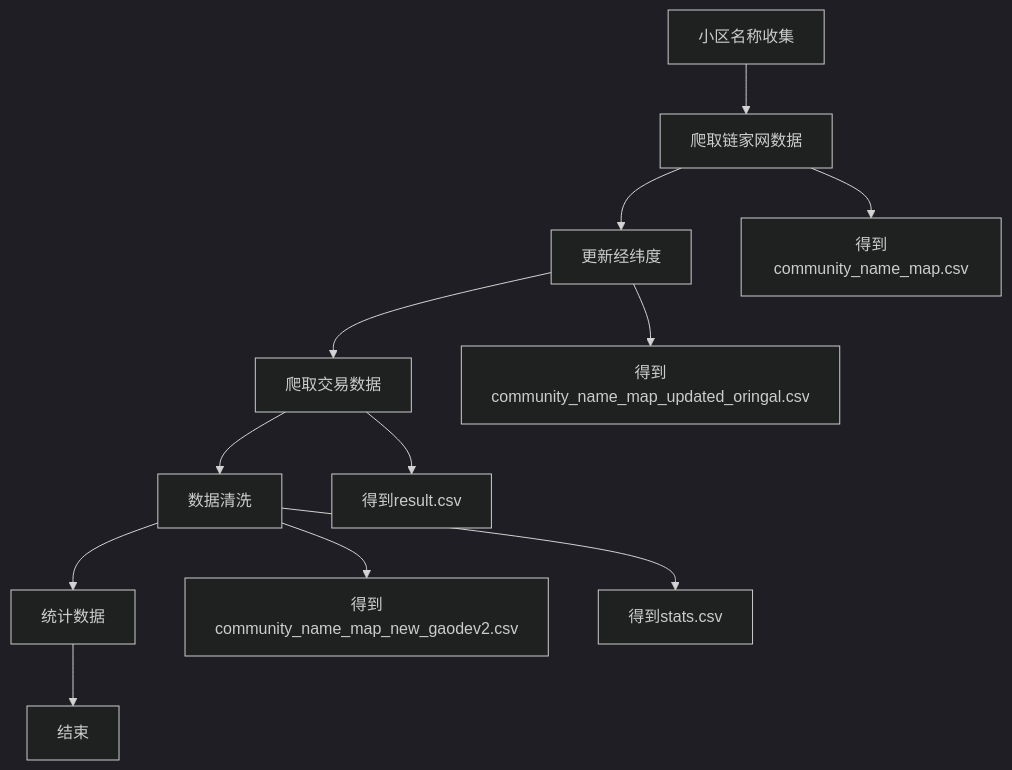
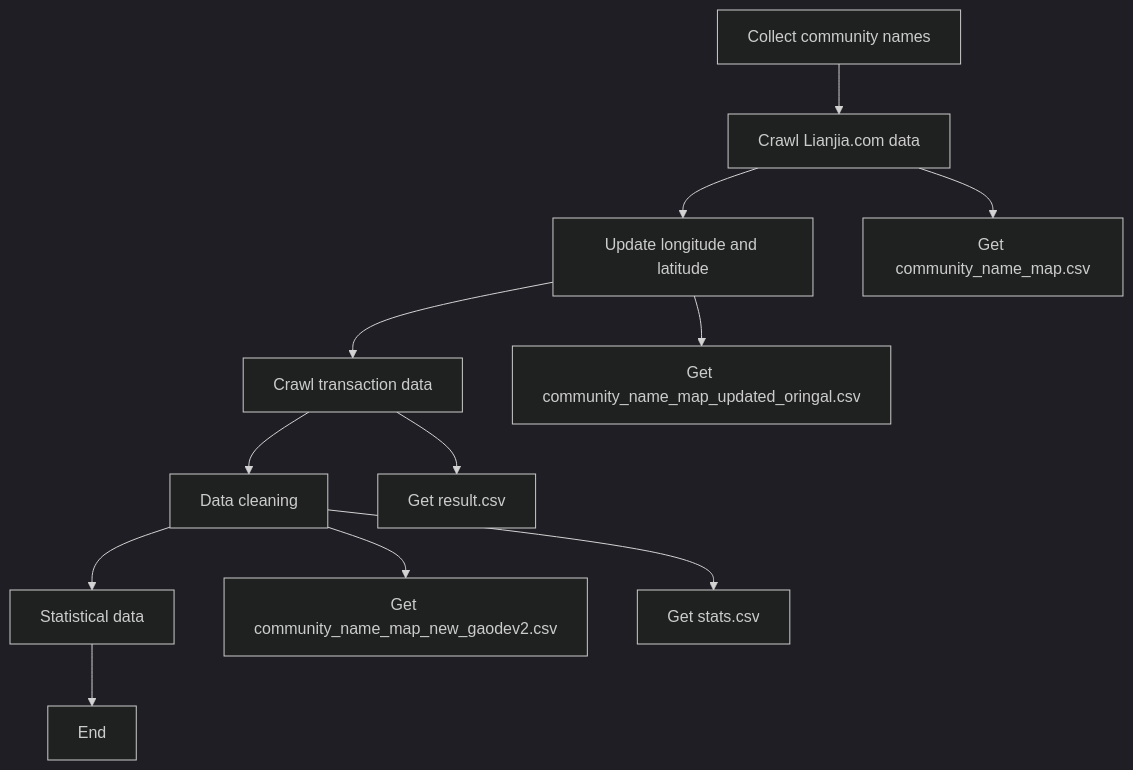
One commit to weichow23/Second-hand_housing_transaction changed the second of 2 diagrams in README.md. Above: the diagram before and after it, drawn with Mermaid (dark theme). The commit also changed other lines of this file and 1 other file, not shown here.

````diff
--- a/README.md
+++ b/README.md
@@ -24,15 +24,15 @@
 ```mermaid
 graph TD;
-    A[小区名称收集] --> B[爬取链家网数据]
-    B --> C[更新经纬度]
-    C --> D[爬取交易数据]
-    D --> E[数据清洗]
-    E --> F[统计数据]
-    F --> G[结束]
-    B --> H[得到community_name_map.csv]
-    C --> I[得到community_name_map_updated_oringal.csv]
-    D --> J[得到result.csv]
-    E --> K[得到community_name_map_new_gaodev2.csv]
-    E --> L[得到stats.csv]
+    A[Collect community names] --> B[Crawl Lianjia.com data]
+    B --> C[Update longitude and latitude]
+    C --> D[Crawl transaction data]
+    D --> E[Data cleaning]
+    E --> F[Statistical data]
+    F --> G[End]
+    B --> H[Get community_name_map.csv]
+    C --> I[Get community_name_map_updated_oringal.csv]
+    D --> J[Get result.csv]
+    E --> K[Get community_name_map_new_gaodev2.csv]
+    E --> L[Get stats.csv]
 
 ```
````
